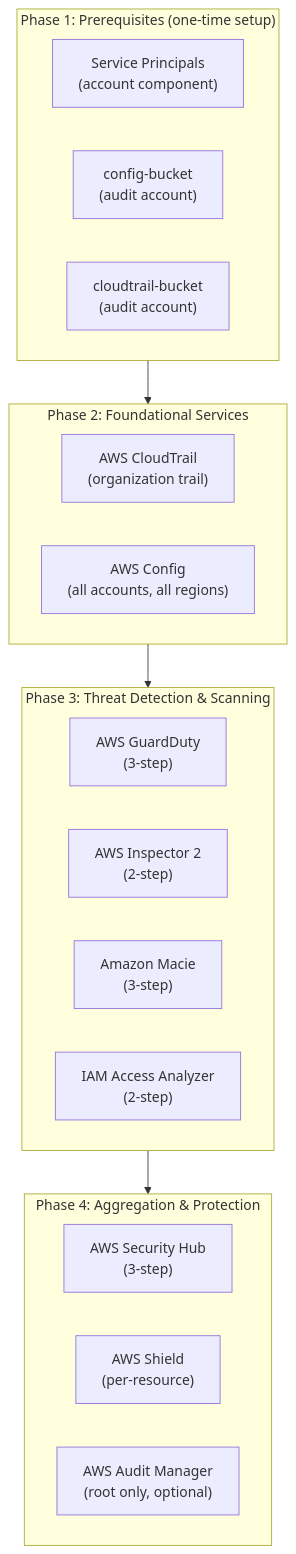
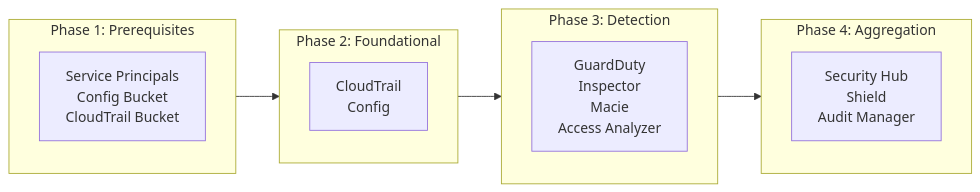
The diagram in docs/layers/security-and-compliance/setup.mdx (cloudposse/docs), drawn with Mermaid before and after one commit. The commit also changed 10 other files, not shown here.

````diff
--- a/docs/layers/security-and-compliance/setup.mdx
+++ b/docs/layers/security-and-compliance/setup.mdx
@@ -33,28 +33,20 @@
 ```mermaid
-flowchart TB
-    subgraph phase1["Phase 1: Prerequisites (one-time setup)"]
-        p1a["Service Principals<br/>(account component)"]
-        p1b["config-bucket<br/>(audit account)"]
-        p1c["cloudtrail-bucket<br/>(audit account)"]
+flowchart LR
+    subgraph phase1["Phase 1: Prerequisites"]
+        p1["Service Principals<br/>Config Bucket<br/>CloudTrail Bucket"]
     end
 
-    subgraph phase2["Phase 2: Foundational Services"]
-        p2a["AWS CloudTrail<br/>(organization trail)"]
-        p2b["AWS Config<br/>(all accounts, all regions)"]
+    subgraph phase2["Phase 2: Foundational"]
+        p2["CloudTrail<br/>Config"]
     end
 
-    subgraph phase3["Phase 3: Threat Detection & Scanning"]
-        p3a["AWS GuardDuty<br/>(3-step)"]
-        p3b["AWS Inspector 2<br/>(2-step)"]
-        p3c["Amazon Macie<br/>(3-step)"]
-        p3d["IAM Access Analyzer<br/>(2-step)"]
+    subgraph phase3["Phase 3: Detection"]
+        p3["GuardDuty<br/>Inspector<br/>Macie<br/>Access Analyzer"]
     end
 
-    subgraph phase4["Phase 4: Aggregation & Protection"]
-        p4a["AWS Security Hub<br/>(3-step)"]
-        p4b["AWS Shield<br/>(per-resource)"]
-        p4c["AWS Audit Manager<br/>(root only, optional)"]
+    subgraph phase4["Phase 4: Aggregation"]
+        p4["Security Hub<br/>Shield<br/>Audit Manager"]
     end
 
     phase1 --> phase2 --> phase3 --> phase4
 ```
````
